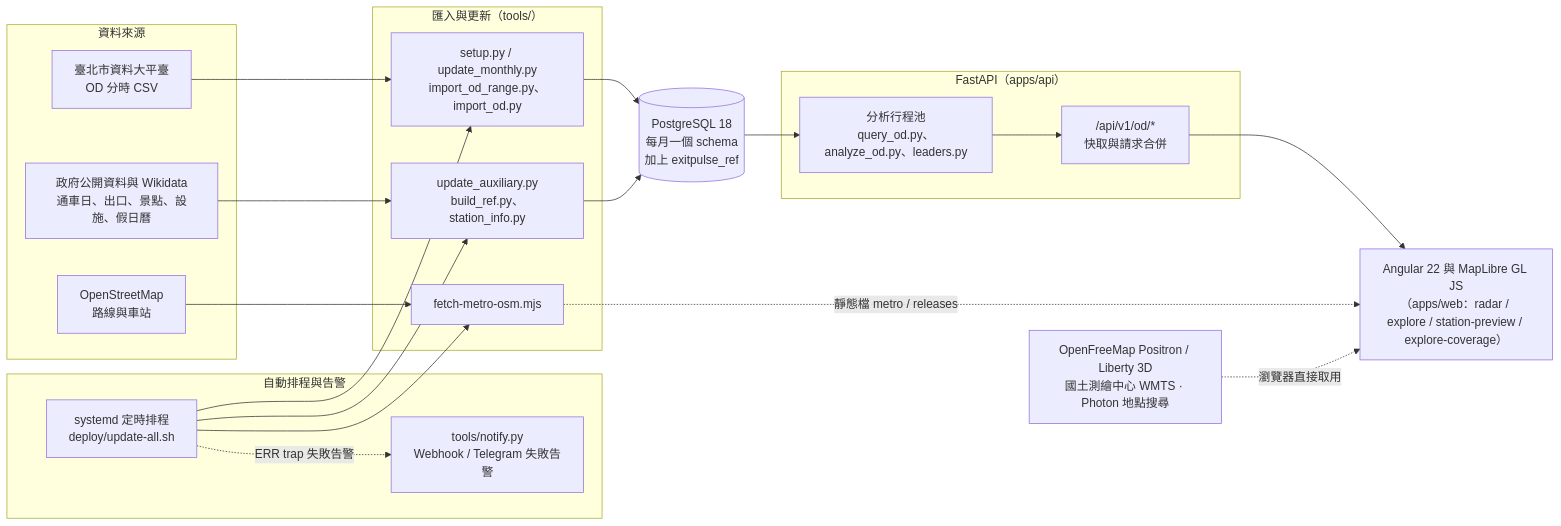
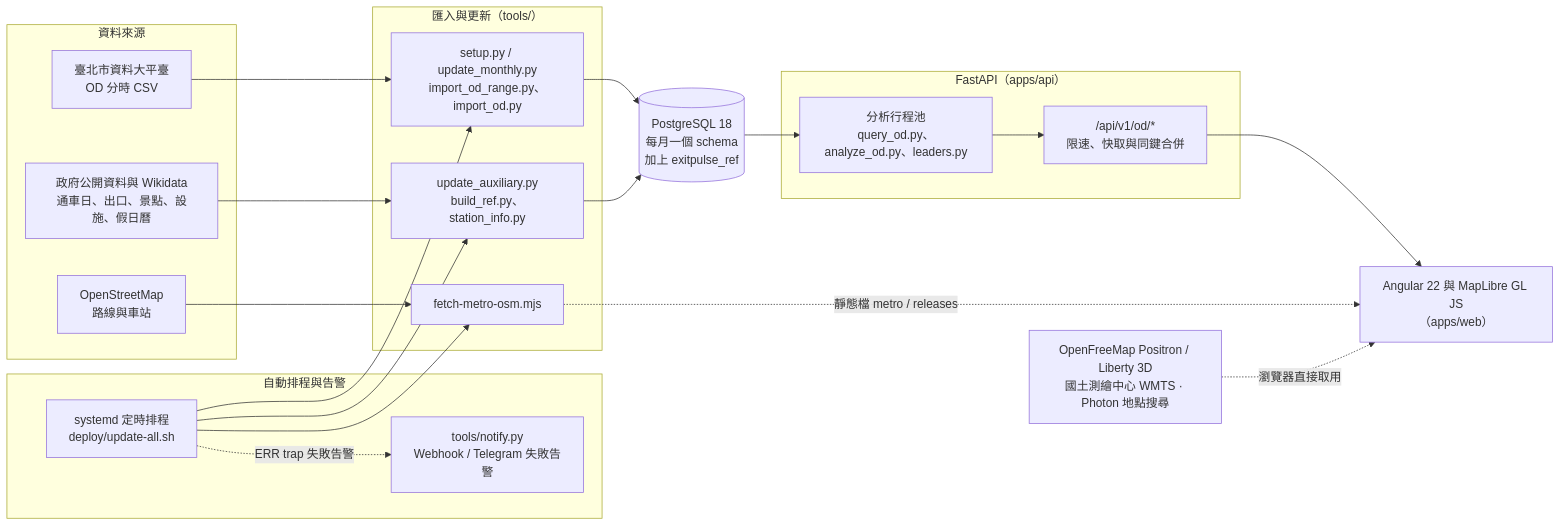
Before and after one commit to HsuanC0921/ExitPulse: the diagram in README.md, drawn with Mermaid. The commit also changed other lines of this file and 11 other files, not shown here.

````diff
--- a/README.md
+++ b/README.md
@@ -202,33 +107,33 @@
 ```mermaid
 flowchart LR
   subgraph src["資料來源"]
     A["臺北市資料大平臺<br/>OD 分時 CSV"]
     B["OpenStreetMap<br/>路線與車站"]
     C["政府公開資料與 Wikidata<br/>通車日、出口、景點、設施、假日曆"]
   end
   subgraph ops["自動排程與告警"]
     S["systemd 定時排程<br/>deploy/update-all.sh"]
     N["tools/notify.py<br/>Webhook / Telegram 失敗告警"]
   end
   subgraph etl["匯入與更新（tools/）"]
     D["setup.py / update_monthly.py<br/>import_od_range.py、import_od.py"]
     E["update_auxiliary.py<br/>build_ref.py、station_info.py"]
     J["fetch-metro-osm.mjs"]
   end
   DB[("PostgreSQL 18<br/>每月一個 schema<br/>加上 exitpulse_ref")]
   subgraph api["FastAPI（apps/api）"]
-    F["/api/v1/od/*<br/>快取與請求合併"]
+    F["/api/v1/od/*<br/>限速、快取與同鍵合併"]
     G["分析行程池<br/>query_od.py、analyze_od.py、leaders.py"]
   end
-  H["Angular 22 與 MapLibre GL JS<br/>（apps/web：radar / explore / station-preview / explore-coverage）"]
+  H["Angular 22 與 MapLibre GL JS<br/>（apps/web）"]
   M["OpenFreeMap Positron / Liberty 3D<br/>國土測繪中心 WMTS · Photon 地點搜尋"]
   A --> D --> DB
   C --> E --> DB
   S --> D
   S --> E
   S --> J
   S -. "ERR trap 失敗告警" .-> N
   DB --> G --> F --> H
   B --> J -. "靜態檔 metro / releases" .-> H
   M -. 瀏覽器直接取用 .-> H
 ```
````
